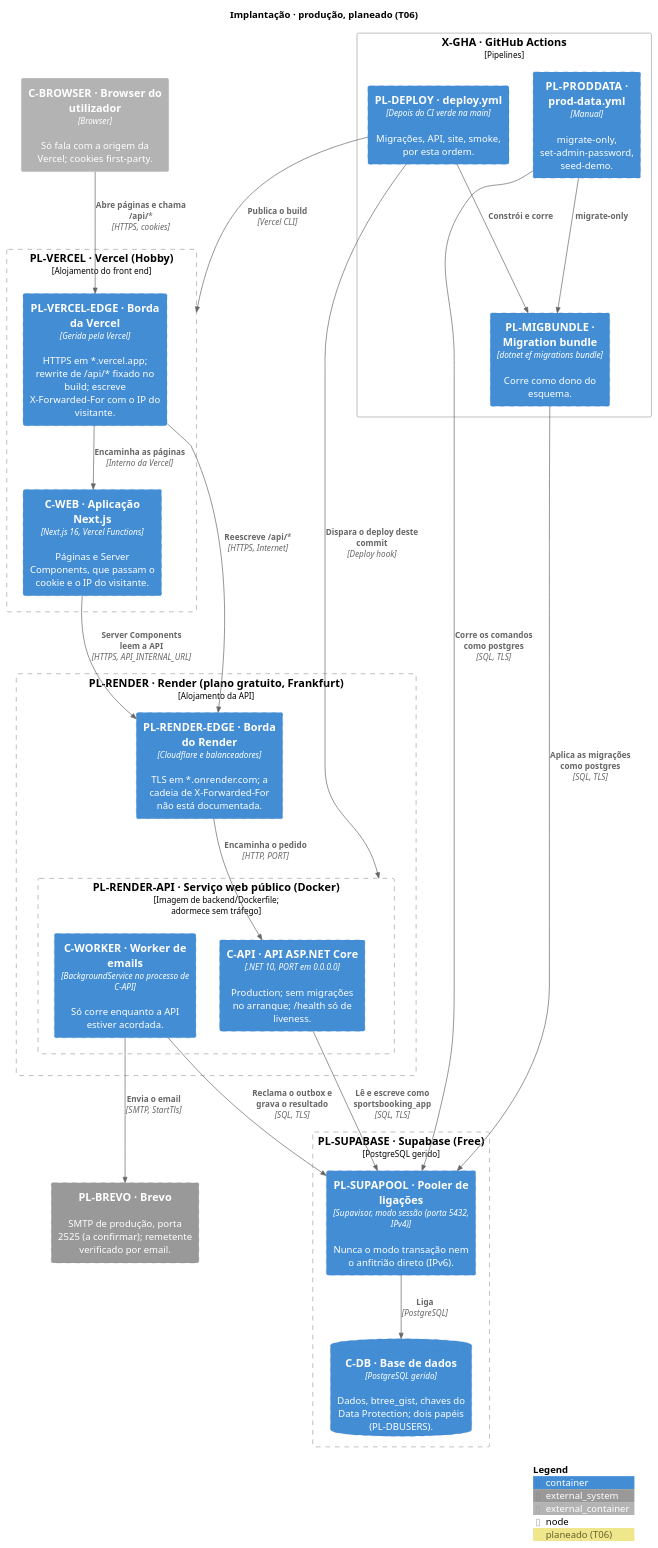
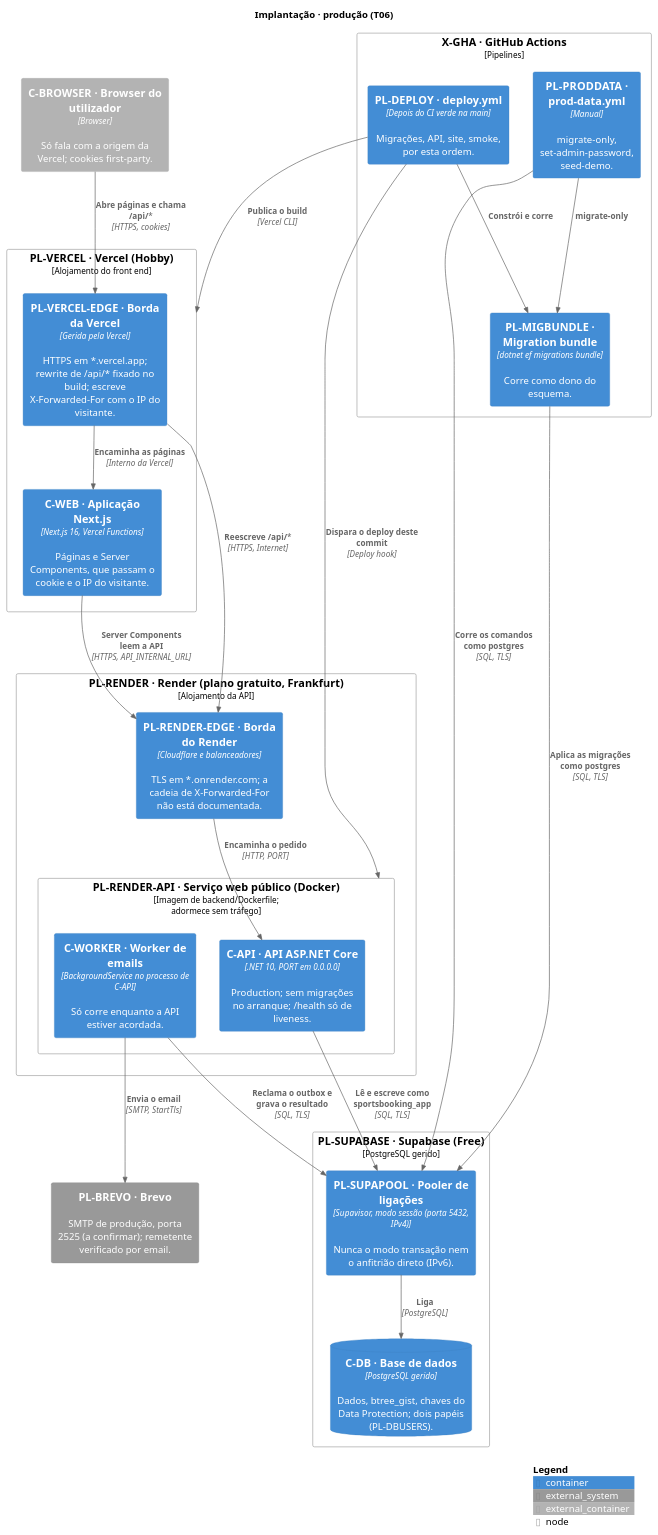
One commit to rodrigo4sousa/SportsEstablishments changed the diagram in docs/architecture/diagrams/06-physical-prod.puml. Above: the diagram before and after it, drawn with PlantUML. The commit also changed 19 other files, not shown here.

```diff
--- a/docs/architecture/diagrams/06-physical-prod.puml
+++ b/docs/architecture/diagrams/06-physical-prod.puml
@@ -2,55 +2,54 @@
 @startuml 06-physical-prod
 !include <C4/C4_Deployment>
 
-title Implantação · produção, planeado (T06)
+title Implantação · produção (T06)
 
 LAYOUT_TOP_DOWN()
 HIDE_STEREOTYPE()
-AddElementTag("planeado", $borderStyle=DashedLine(), $legendText="planeado (T06)")
 
 Container_Ext(C_BROWSER, "C-BROWSER · Browser do utilizador", "Browser", "Só fala com a origem da Vercel; cookies first-party.")
 
-Deployment_Node(PL_VERCEL, "PL-VERCEL · Vercel (Hobby)", "Alojamento do front end", $tags="planeado") {
-  Container(PL_VERCEL_EDGE, "PL-VERCEL-EDGE · Borda da Vercel", "Gerida pela Vercel", "HTTPS em *.vercel.app; rewrite de /api/* fixado no build; escreve X-Forwarded-For com o IP do visitante.", $tags="planeado")
-  Container(C_WEB, "C-WEB · Aplicação Next.js", "Next.js 16, Vercel Functions", "Páginas e Server Components, que passam o cookie e o IP do visitante.", $tags="planeado")
+Deployment_Node(PL_VERCEL, "PL-VERCEL · Vercel (Hobby)", "Alojamento do front end") {
+  Container(PL_VERCEL_EDGE, "PL-VERCEL-EDGE · Borda da Vercel", "Gerida pela Vercel", "HTTPS em *.vercel.app; rewrite de /api/* fixado no build; escreve X-Forwarded-For com o IP do visitante.")
+  Container(C_WEB, "C-WEB · Aplicação Next.js", "Next.js 16, Vercel Functions", "Páginas e Server Components, que passam o cookie e o IP do visitante.")
 }
 
-Deployment_Node(PL_RENDER, "PL-RENDER · Render (plano gratuito, Frankfurt)", "Alojamento da API", $tags="planeado") {
-  Container(PL_RENDER_EDGE, "PL-RENDER-EDGE · Borda do Render", "Cloudflare e balanceadores", "TLS em *.onrender.com; a cadeia de X-Forwarded-For não está documentada.", $tags="planeado")
-  Deployment_Node(PL_RENDER_API, "PL-RENDER-API · Serviço web público (Docker)", "Imagem de backend/Dockerfile; adormece sem tráfego", $tags="planeado") {
-    Container(C_API, "C-API · API ASP.NET Core", ".NET 10, PORT em 0.0.0.0", "Production; sem migrações no arranque; /health só de liveness.", $tags="planeado")
-    Container(C_WORKER, "C-WORKER · Worker de emails", "BackgroundService no processo de C-API", "Só corre enquanto a API estiver acordada.", $tags="planeado")
+Deployment_Node(PL_RENDER, "PL-RENDER · Render (plano gratuito, Frankfurt)", "Alojamento da API") {
+  Container(PL_RENDER_EDGE, "PL-RENDER-EDGE · Borda do Render", "Cloudflare e balanceadores", "TLS em *.onrender.com; a cadeia de X-Forwarded-For não está documentada.")
+  Deployment_Node(PL_RENDER_API, "PL-RENDER-API · Serviço web público (Docker)", "Imagem de backend/Dockerfile; adormece sem tráfego") {
+    Container(C_API, "C-API · API ASP.NET Core", ".NET 10, PORT em 0.0.0.0", "Production; sem migrações no arranque; /health só de liveness.")
+    Container(C_WORKER, "C-WORKER · Worker de emails", "BackgroundService no processo de C-API", "Só corre enquanto a API estiver acordada.")
   }
 }
 
-Deployment_Node(PL_SUPABASE, "PL-SUPABASE · Supabase (Free)", "PostgreSQL gerido", $tags="planeado") {
-  Container(PL_SUPAPOOL, "PL-SUPAPOOL · Pooler de ligações", "Supavisor, modo sessão (porta 5432, IPv4)", "Nunca o modo transação nem o anfitrião direto (IPv6).", $tags="planeado")
-  ContainerDb(C_DB, "C-DB · Base de dados", "PostgreSQL gerido", "Dados, btree_gist, chaves do Data Protection; dois papéis (PL-DBUSERS).", $tags="planeado")
+Deployment_Node(PL_SUPABASE, "PL-SUPABASE · Supabase (Free)", "PostgreSQL gerido") {
+  Container(PL_SUPAPOOL, "PL-SUPAPOOL · Pooler de ligações", "Supavisor, modo sessão (porta 5432, IPv4)", "Nunca o modo transação nem o anfitrião direto (IPv6).")
+  ContainerDb(C_DB, "C-DB · Base de dados", "PostgreSQL gerido", "Dados, btree_gist, chaves do Data Protection; dois papéis (PL-DBUSERS).")
 }
 
-System_Ext(PL_BREVO, "PL-BREVO · Brevo", "SMTP de produção, porta 2525 (a confirmar); remetente verificado por email.", $tags="planeado")
+System_Ext(PL_BREVO, "PL-BREVO · Brevo", "SMTP de produção, porta 2525 (a confirmar); remetente verificado por email.")
 
 Deployment_Node(X_GHA, "X-GHA · GitHub Actions", "Pipelines") {
-  Container(PL_DEPLOY, "PL-DEPLOY · deploy.yml", "Depois do CI verde na main", "Migrações, API, site, smoke, por esta ordem.", $tags="planeado")
-  Container(PL_PRODDATA, "PL-PRODDATA · prod-data.yml", "Manual", "migrate-only, set-admin-password, seed-demo.", $tags="planeado")
-  Container(PL_MIGBUNDLE, "PL-MIGBUNDLE · Migration bundle", "dotnet ef migrations bundle", "Corre como dono do esquema.", $tags="planeado")
+  Container(PL_DEPLOY, "PL-DEPLOY · deploy.yml", "Depois do CI verde na main", "Migrações, API, site, smoke, por esta ordem.")
+  Container(PL_PRODDATA, "PL-PRODDATA · prod-data.yml", "Manual", "migrate-only, set-admin-password, seed-demo.")
+  Container(PL_MIGBUNDLE, "PL-MIGBUNDLE · Migration bundle", "dotnet ef migrations bundle", "Corre como dono do esquema.")
 }
 
 Rel(C_BROWSER, PL_VERCEL_EDGE, "Abre páginas e chama /api/*", "HTTPS, cookies")
 Rel(PL_VERCEL_EDGE, C_WEB, "Encaminha as páginas", "Interno da Vercel")
 Rel(PL_VERCEL_EDGE, PL_RENDER_EDGE, "Reescreve /api/*", "HTTPS, Internet")
 Rel(C_WEB, PL_RENDER_EDGE, "Server Components leem a API", "HTTPS, API_INTERNAL_URL")
 Rel(PL_RENDER_EDGE, C_API, "Encaminha o pedido", "HTTP, PORT")
 Rel(C_API, PL_SUPAPOOL, "Lê e escreve como sportsbooking_app", "SQL, TLS")
 Rel(C_WORKER, PL_SUPAPOOL, "Reclama o outbox e grava o resultado", "SQL, TLS")
 Rel(PL_SUPAPOOL, C_DB, "Liga", "PostgreSQL")
 Rel(C_WORKER, PL_BREVO, "Envia o email", "SMTP, StartTls")
 Rel(PL_DEPLOY, PL_MIGBUNDLE, "Constrói e corre", "")
 Rel(PL_PRODDATA, PL_MIGBUNDLE, "migrate-only", "")
 Rel(PL_MIGBUNDLE, PL_SUPAPOOL, "Aplica as migrações como postgres", "SQL, TLS")
 Rel(PL_PRODDATA, PL_SUPAPOOL, "Corre os comandos como postgres", "SQL, TLS")
 Rel(PL_DEPLOY, PL_RENDER_API, "Dispara o deploy deste commit", "Deploy hook")
 Rel(PL_DEPLOY, PL_VERCEL, "Publica o build", "Vercel CLI")
 
 SHOW_LEGEND()
 @enduml
```
